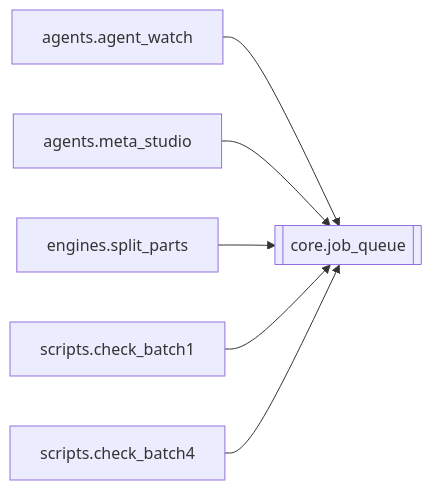
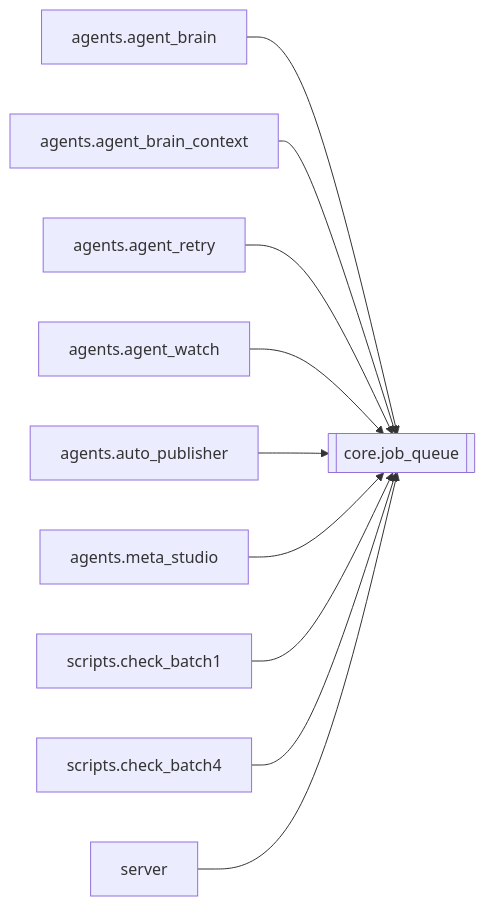
One commit to kjza178/PinelineV5 changed the diagram in docs/brain/modules/core.job_queue.md. Above: the diagram before and after it, drawn with Mermaid. The commit also changed other lines of this file and 227 other files, not shown here.

````diff
--- a/docs/brain/modules/core.job_queue.md
+++ b/docs/brain/modules/core.job_queue.md
@@ -15,9 +15,13 @@
 ```mermaid
 flowchart LR
   core_job_queue[[core.job_queue]]
+  agents_agent_brain[agents.agent_brain] --> core_job_queue
+  agents_agent_brain_context[agents.agent_brain_context] --> core_job_queue
+  agents_agent_retry[agents.agent_retry] --> core_job_queue
   agents_agent_watch[agents.agent_watch] --> core_job_queue
+  agents_auto_publisher[agents.auto_publisher] --> core_job_queue
   agents_meta_studio[agents.meta_studio] --> core_job_queue
-  engines_split_parts[engines.split_parts] --> core_job_queue
   scripts_check_batch1[scripts.check_batch1] --> core_job_queue
   scripts_check_batch4[scripts.check_batch4] --> core_job_queue
+  server[server] --> core_job_queue
 ```
````
